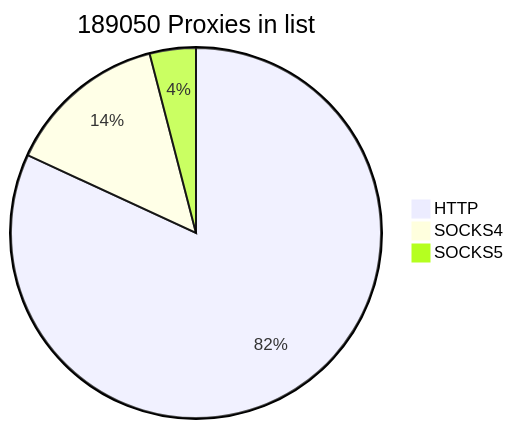
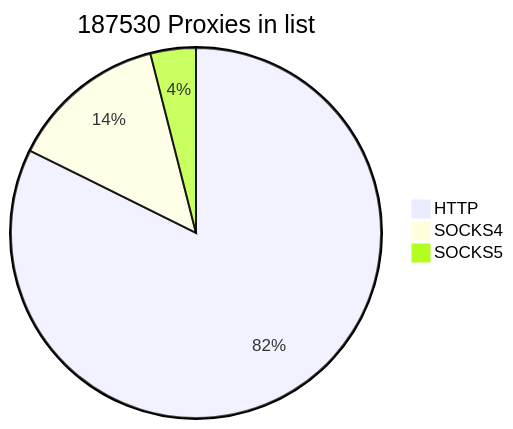
The first of 2 diagrams in README.md (cutipu/proxylist), drawn with Mermaid before and after one commit. The commit also changed other lines of this file, not shown here.

````diff
--- a/README.md
+++ b/README.md
@@ -2,7 +2,7 @@
 ```mermaid
-pie title 189050 Proxies in list
-    "HTTP" : 154820
-    "SOCKS4" : 26617
-    "SOCKS5" : 7613
+pie title 187530 Proxies in list
+    "HTTP" : 154394
+    "SOCKS4" : 25700
+    "SOCKS5" : 7436
             
 ```
````
